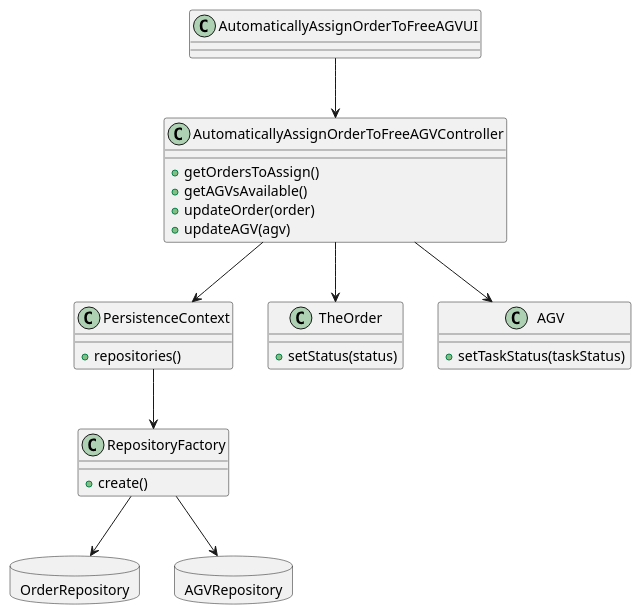
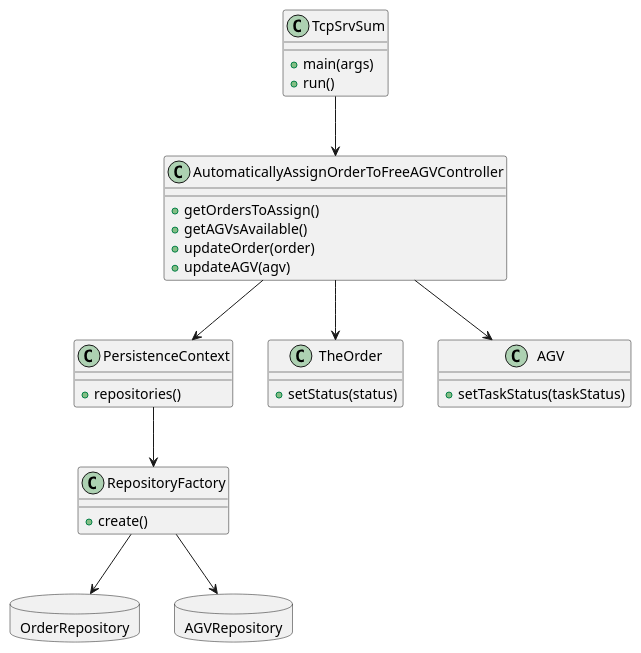
The diagram in docs/1201592/US4002/US_4002_CD.puml (ana-albergaria/LAPR4-ISEP), drawn with PlantUML before and after one commit. The commit also changed 9 other files, not shown here.

```diff
--- a/docs/1201592/US4002/US_4002_CD.puml
+++ b/docs/1201592/US4002/US_4002_CD.puml
@@ -1,47 +1,49 @@
 @startuml
 
-class AutomaticallyAssignOrderToFreeAGVUI{
+class TcpSrvSum{
++main(args)
++run()
 }
 
 class AutomaticallyAssignOrderToFreeAGVController{
 +getOrdersToAssign()
 +getAGVsAvailable()
 +updateOrder(order)
 +updateAGV(agv)
 }
 
 class PersistenceContext{
 +repositories()
 }
 
 class RepositoryFactory{
 +create()
 }
 
 database OrderRepository{
 }
 
 database AGVRepository{
 }
 
 class TheOrder{
 +setStatus(status)
 }
 
 class AGV{
 +setTaskStatus(taskStatus)
 }
 
-AutomaticallyAssignOrderToFreeAGVUI --> AutomaticallyAssignOrderToFreeAGVController
+TcpSrvSum --> AutomaticallyAssignOrderToFreeAGVController
 
 AutomaticallyAssignOrderToFreeAGVController --> PersistenceContext
 
 PersistenceContext --> RepositoryFactory
 
 RepositoryFactory --> OrderRepository
 RepositoryFactory --> AGVRepository
 
 AutomaticallyAssignOrderToFreeAGVController --> TheOrder
 AutomaticallyAssignOrderToFreeAGVController --> AGV
 
 @enduml
```
